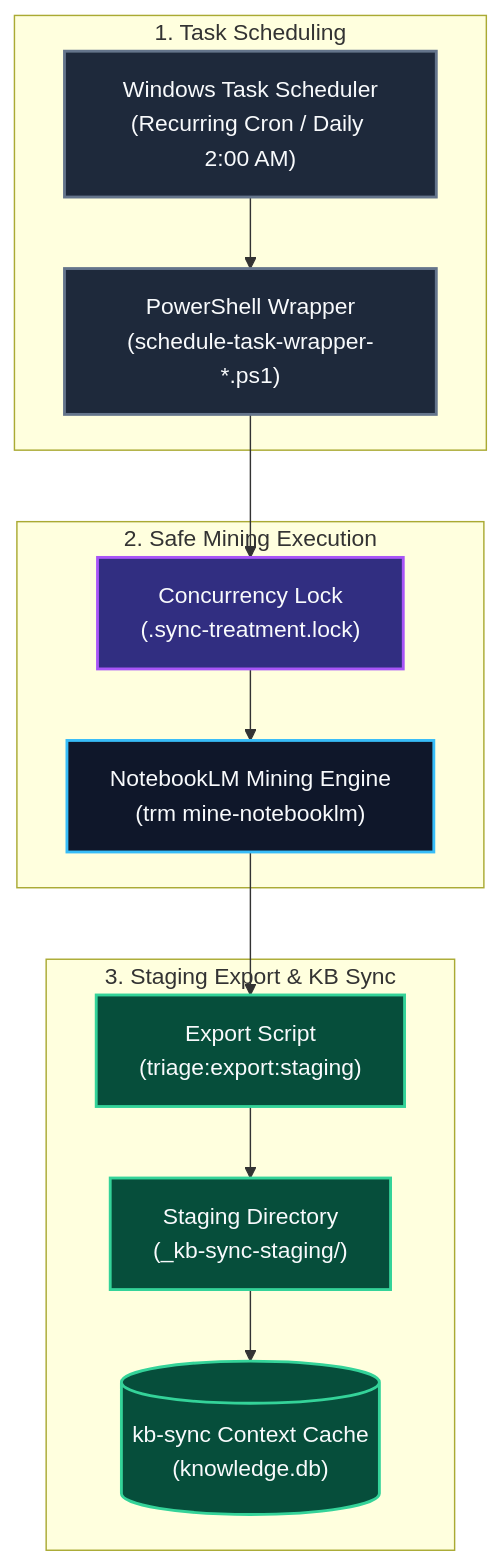
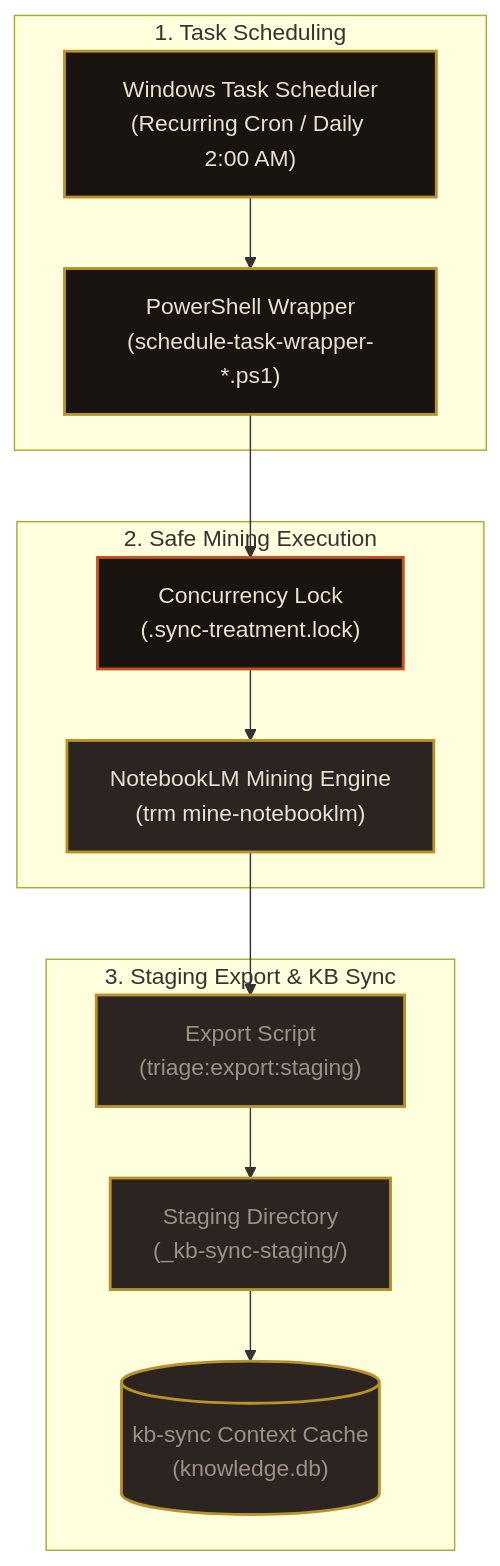
The diagram in wiki/Deployment-&-Automation.md (sorensencc-dotcom/TRM), drawn with Mermaid before and after one commit. The commit also changed 25 other files, not shown here.

First line of the commit message:
docs(wiki): regenerate diagrams from CIC Industrial tokens (W11)

````diff
--- a/wiki/Deployment-&-Automation.md
+++ b/wiki/Deployment-&-Automation.md
@@ -37,30 +37,30 @@
 ```mermaid
 flowchart TD
-    classDef daemonStyle fill:#1e293b,stroke:#64748b,stroke-width:2px,color:#f8fafc;
-    classDef execStyle fill:#0f172a,stroke:#38bdf8,stroke-width:2px,color:#f8fafc;
-    classDef lockStyle fill:#312e81,stroke:#a855f7,stroke-width:2px,color:#f8fafc;
-    classDef exportStyle fill:#064e3b,stroke:#34d399,stroke-width:2px,color:#f8fafc;
+    classDef daemonStyle fill:#1A1410,stroke:#B8922A,stroke-width:2px,color:#E8E0D4;
+    classDef execStyle fill:#2C2420,stroke:#B8922A,stroke-width:2px,color:#E8E0D4;
+    classDef lockStyle fill:#1A1410,stroke:#C4501A,stroke-width:2px,color:#E8E0D4;
+    classDef exportStyle fill:#2C2420,stroke:#B8922A,stroke-width:2px,color:#9A9088;
 
     subgraph Scheduler["1. Task Scheduling"]
         SCHED["Windows Task Scheduler<br/>(Recurring Cron / Daily 2:00 AM)"]:::daemonStyle
         WRAPPER["PowerShell Wrapper<br/>(schedule-task-wrapper-*.ps1)"]:::daemonStyle
         SCHED --> WRAPPER
     end
 
     subgraph Engine["2. Safe Mining Execution"]
         LOCK["Concurrency Lock<br/>(.sync-treatment.lock)"]:::lockStyle
         MINER["NotebookLM Mining Engine<br/>(trm mine-notebooklm)"]:::execStyle
         WRAPPER --> LOCK
         LOCK --> MINER
     end
 
     subgraph Staging["3. Staging Export & KB Sync"]
         EXPORT["Export Script<br/>(triage:export:staging)"]:::exportStyle
         STAGED_DIR["Staging Directory<br/>(_kb-sync-staging/)"]:::exportStyle
         KB_DB[("kb-sync Context Cache<br/>(knowledge.db)")]:::exportStyle
 
         MINER --> EXPORT
         EXPORT --> STAGED_DIR
         STAGED_DIR --> KB_DB
     end
 ```
````
